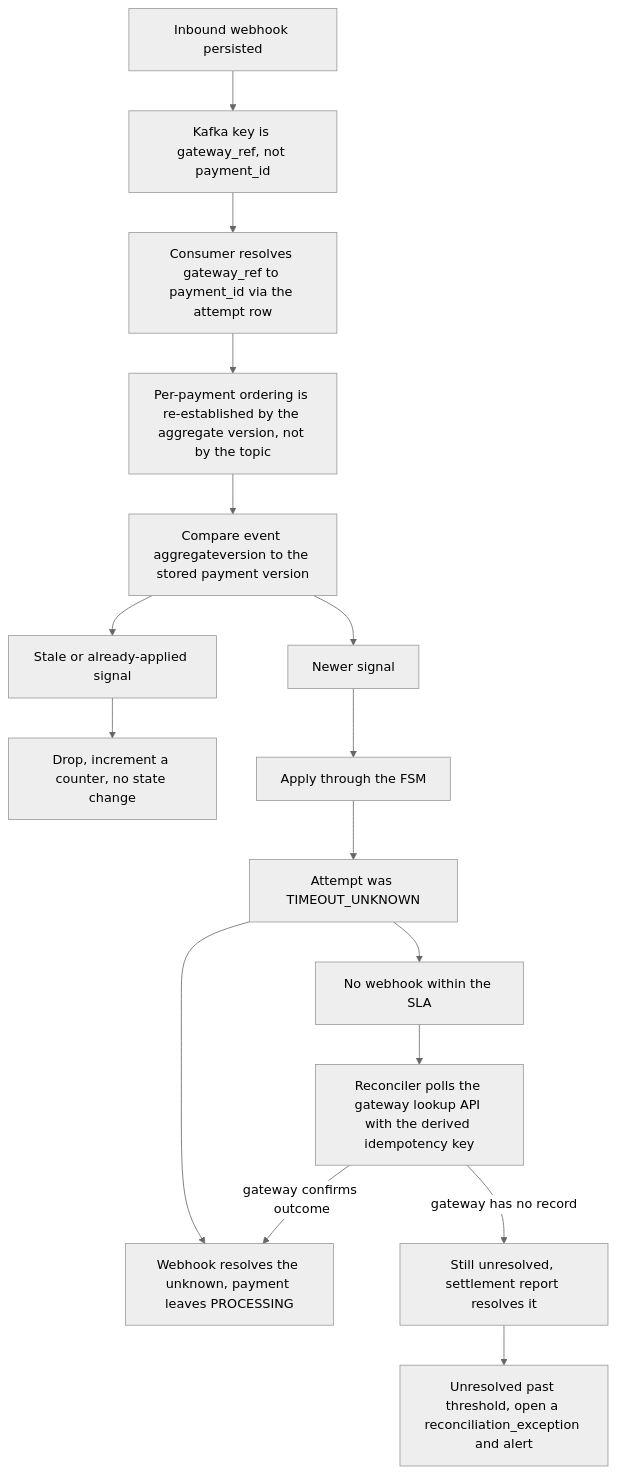
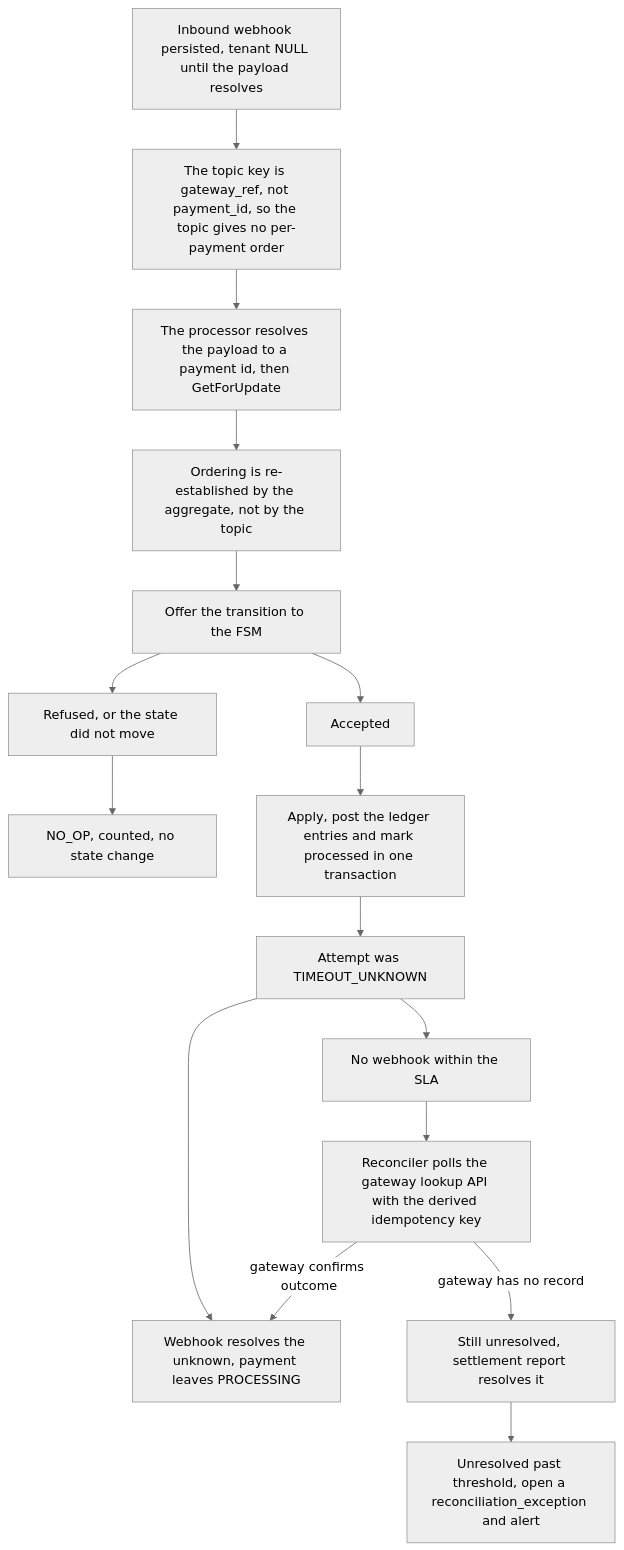
Before and after one commit to udaykishore-resu/payments-platform: the third of 3 diagrams in docs/diagrams/11-webhook-flow.md, drawn with Mermaid (neutral theme). The commit also changed other lines of this file and 67 other files, not shown here.

````diff
--- a/docs/diagrams/11-webhook-flow.md
+++ b/docs/diagrams/11-webhook-flow.md
@@ -68,27 +105,27 @@
 ```mermaid
 flowchart TB
-  IN["Inbound webhook persisted"]
-  KEY["Kafka key is gateway_ref, not payment_id"]
-  REKEY["Consumer resolves gateway_ref to payment_id via the attempt row"]
-  ORD["Per-payment ordering is re-established by the aggregate version, not by the topic"]
-  VER["Compare event aggregateversion to the stored payment version"]
-  OLD["Stale or already-applied signal"]
-  DROP["Drop, increment a counter, no state change"]
-  NEW["Newer signal"]
-  APPLY["Apply through the FSM"]
+  IN["Inbound webhook persisted, tenant NULL until the payload resolves"]
+  KEY["The topic key is gateway_ref, not payment_id, so the topic gives no per-payment order"]
+  REKEY["The processor resolves the payload to a payment id, then GetForUpdate"]
+  ORD["Ordering is re-established by the aggregate, not by the topic"]
+  VER["Offer the transition to the FSM"]
+  OLD["Refused, or the state did not move"]
+  DROP["NO_OP, counted, no state change"]
+  NEW["Accepted"]
+  APPLY["Apply, post the ledger entries and mark processed in one transaction"]
   UNK["Attempt was TIMEOUT_UNKNOWN"]
   RESOLVE["Webhook resolves the unknown, payment leaves PROCESSING"]
   NOWH["No webhook within the SLA"]
   POLL["Reconciler polls the gateway lookup API with the derived idempotency key"]
   SETL["Still unresolved, settlement report resolves it"]
   EXC["Unresolved past threshold, open a reconciliation_exception and alert"]
 
   IN --> KEY --> REKEY --> ORD --> VER
   VER --> OLD --> DROP
   VER --> NEW --> APPLY
   APPLY --> UNK --> RESOLVE
   UNK --> NOWH --> POLL
   POLL -->|"gateway has no record"| SETL
   SETL --> EXC
   POLL -->|"gateway confirms outcome"| RESOLVE
 ```
````
